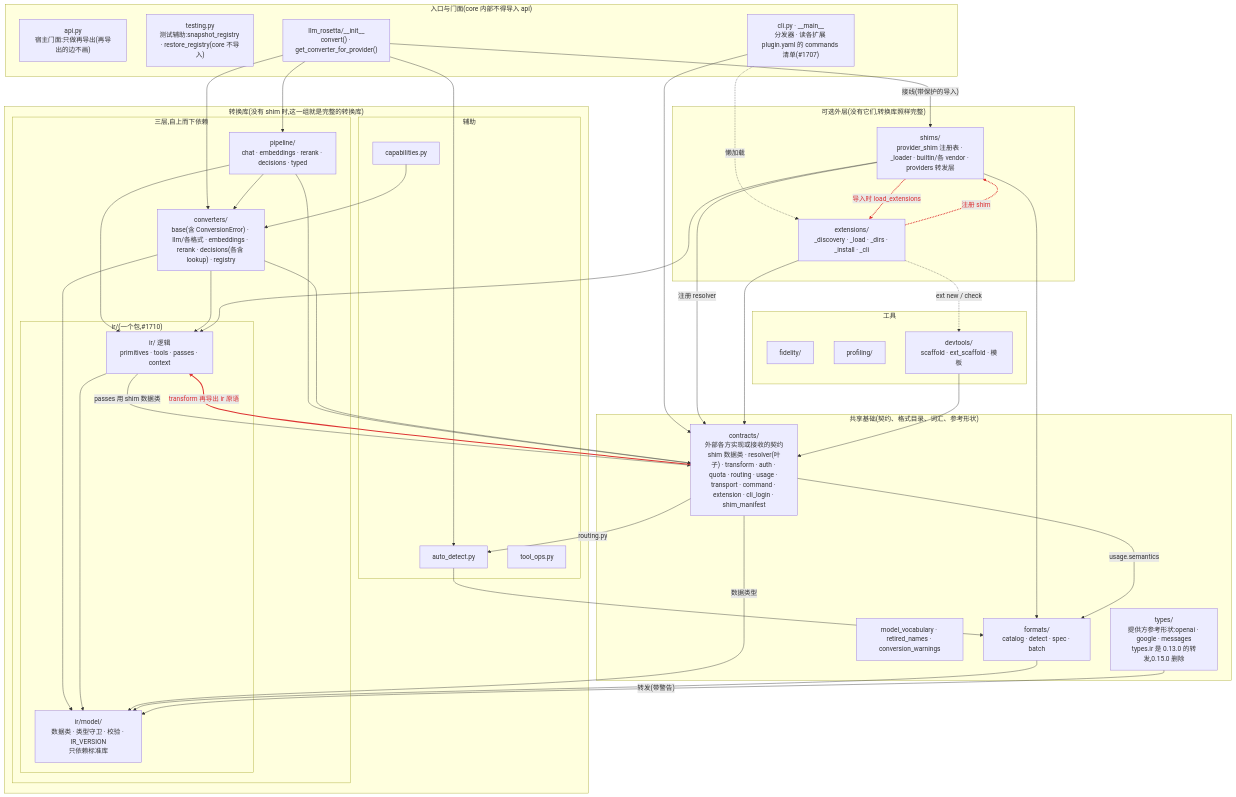
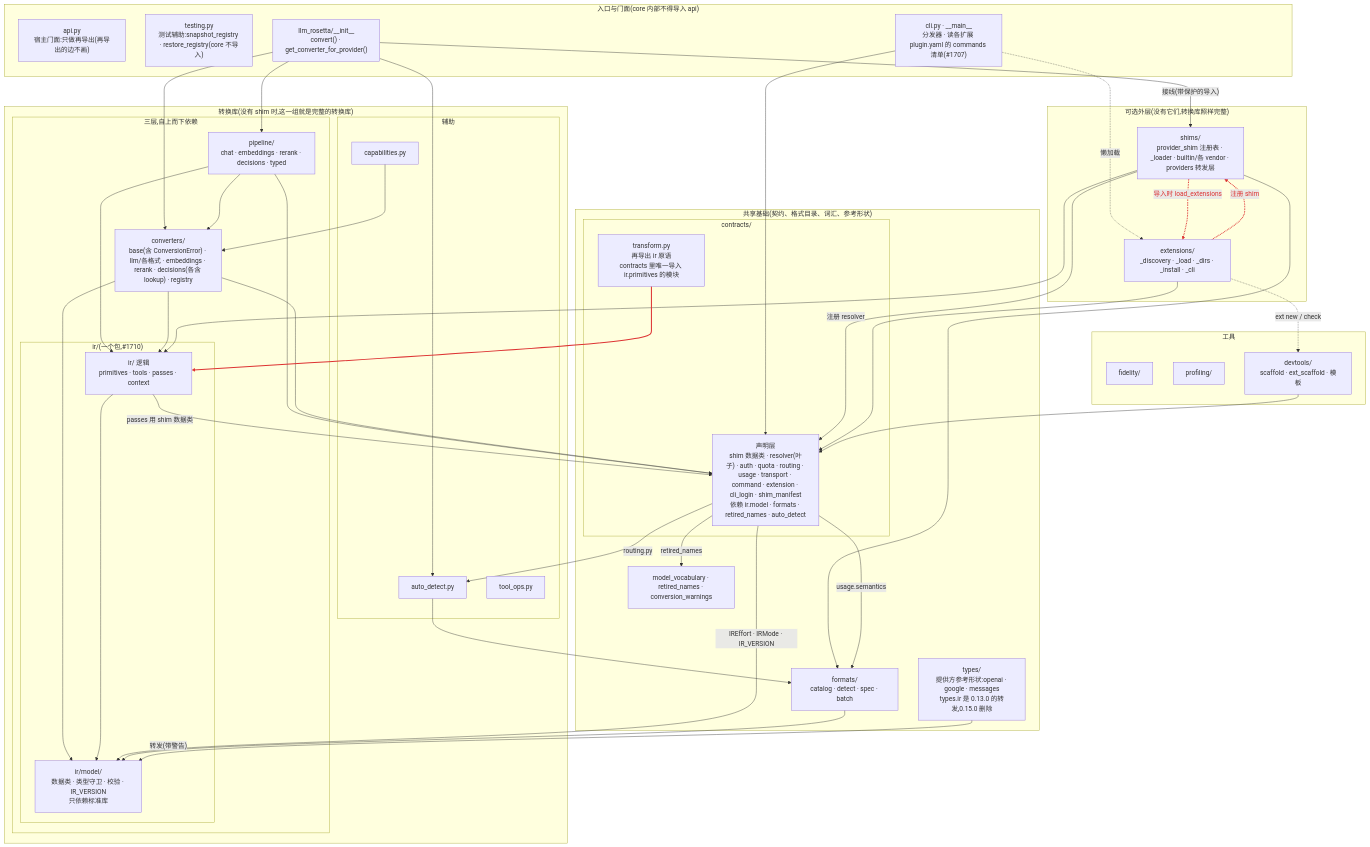
Before and after one commit to Oaklight/llm-rosetta: the diagram in core.mmd, drawn with Mermaid. The commit also changed 2 other files, not shown here.

Commit message:
core: draw the contracts group (declarations and transform) in the current diagram

```diff
--- a/core.mmd
+++ b/core.mmd
@@ -1,73 +1,77 @@
 flowchart TB
   subgraph FACADE["入口与门面(core 内部不得导入 api)"]
     API["api.py<br/>宿主门面:只做再导出(再导出的边不画)"]
     TESTING["testing.py<br/>测试辅助:snapshot_registry · restore_registry(core 不导入)"]
     INIT["llm_rosetta/__init__<br/>convert() · get_converter_for_provider()"]
     CLI["cli.py · __main__<br/>分发器 · 读各扩展 plugin.yaml 的 commands 清单(#1707)"]
   end
   subgraph CORE["转换库(没有 shim 时,这一组就是完整的转换库)"]
     subgraph TIERS["三层,自上而下依赖"]
       PIPE["pipeline/<br/>chat · embeddings · rerank · decisions · typed"]
       CVT["converters/<br/>base(含 ConversionError) · llm/各格式 · embeddings · rerank · decisions(各含 lookup) · registry"]
       subgraph IRCORE["ir/(一个包,#1710)"]
         IROPS["ir/ 逻辑<br/>primitives · tools · passes · context"]
         IRMODEL["ir/model/<br/>数据类 · 类型守卫 · 校验 · IR_VERSION<br/>只依赖标准库"]
       end
     end
     subgraph SIDE["辅助"]
       DET["auto_detect.py"]
       CAP["capabilities.py"]
       TOOL["tool_ops.py"]
     end
   end
   subgraph OPT["可选外层(没有它们,转换库照样完整)"]
     SHIM["shims/<br/>provider_shim 注册表 · _loader · builtin/各 vendor · providers 转发层"]
     EXTS["extensions/<br/>_discovery · _load · _dirs · _install · _cli"]
   end
   subgraph FOUND["共享基础(契约、格式目录、词汇、参考形状)"]
-    CON["contracts/<br/>外部各方实现或接收的契约<br/>shim 数据类 · resolver(叶子) · transform · auth · quota · routing · usage · transport · command · extension · cli_login · shim_manifest"]
+    subgraph CONS["contracts/"]
+      CDECL["声明层<br/>shim 数据类 · resolver(叶子) · auth · quota · routing · usage · transport · command · extension · cli_login · shim_manifest<br/>依赖 ir.model · formats · retired_names · auto_detect"]
+      CXF["transform.py<br/>再导出 ir 原语<br/>contracts 里唯一导入 ir.primitives 的模块"]
+    end
     FMT["formats/<br/>catalog · detect · spec · batch"]
     VOCAB["model_vocabulary · retired_names · conversion_warnings"]
     REF["types/<br/>提供方参考形状:openai · google · messages<br/>types.ir 是 0.13.0 的转发,0.15.0 删除"]
   end
   subgraph TOOLS["工具"]
     FID["fidelity/"]
     PROF["profiling/"]
     DEV["devtools/<br/>scaffold · ext_scaffold · 模板"]
   end
 
 
   INIT --> PIPE
   INIT --> CVT
   INIT -->|"接线(带保护的导入)"| SHIM
   INIT --> DET
-  CLI --> CON
+  CLI --> CDECL
   CLI -.->|"懒加载"| EXTS
   PIPE --> CVT
   PIPE --> IROPS
-  PIPE --> CON
+  PIPE --> CDECL
   CVT --> IROPS
   CVT --> IRMODEL
-  CVT --> CON
+  CVT --> CDECL
   IROPS --> IRMODEL
-  IROPS -->|"passes 用 shim 数据类"| CON
+  IROPS -->|"passes 用 shim 数据类"| CDECL
   SHIM --> IROPS
-  SHIM -->|"注册 resolver"| CON
+  SHIM -->|"注册 resolver"| CDECL
   SHIM --> FMT
   SHIM -.->|"导入时 load_extensions"| EXTS
   EXTS -.->|"注册 shim"| SHIM
-  EXTS --> CON
+  EXTS --> CDECL
   EXTS -.->|"ext new / check"| DEV
-  CON -->|"数据类型"| IRMODEL
-  CON -->|"usage.semantics"| FMT
-  CON -->|"routing.py"| DET
-  CON -->|"transform 再导出 ir 原语"| IROPS
+  CDECL -->|"IREffort · IRMode · IR_VERSION"| IRMODEL
+  CDECL -->|"usage.semantics"| FMT
+  CDECL -->|"routing.py"| DET
+  CDECL -->|"retired_names"| VOCAB
+  CXF --> IROPS
   DET --> FMT
   FMT --> IRMODEL
   CAP --> CVT
-  DEV --> CON
+  DEV --> CDECL
   REF -->|"转发(带警告)"| IRMODEL
 
   linkStyle 17 stroke:#d33,stroke-width:2.5px,color:#d33
   linkStyle 18 stroke:#d33,stroke-width:2.5px,color:#d33
-  linkStyle 24 stroke:#d33,stroke-width:2.5px,color:#d33
+  linkStyle 25 stroke:#d33,stroke-width:2.5px,color:#d33
```
